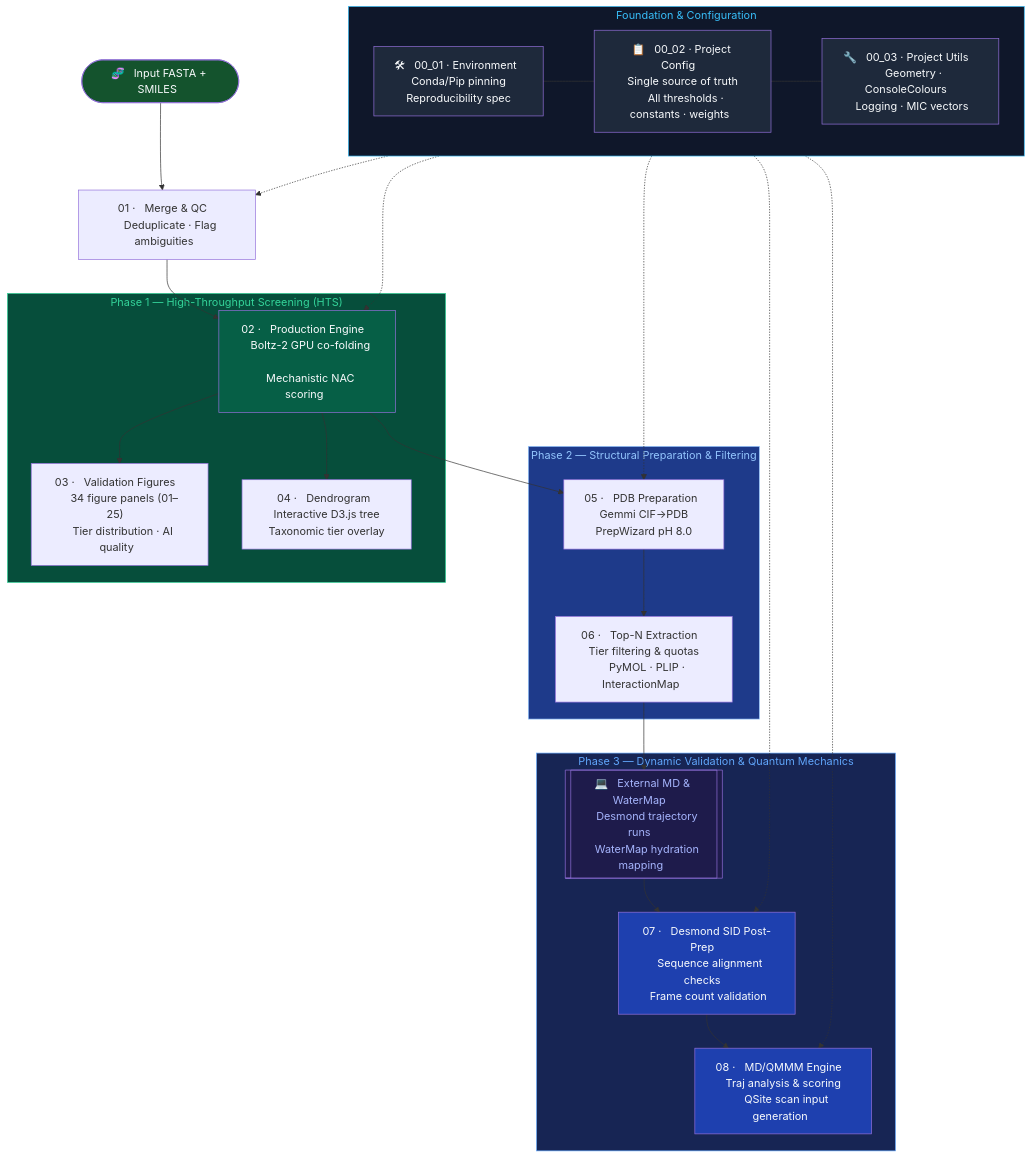
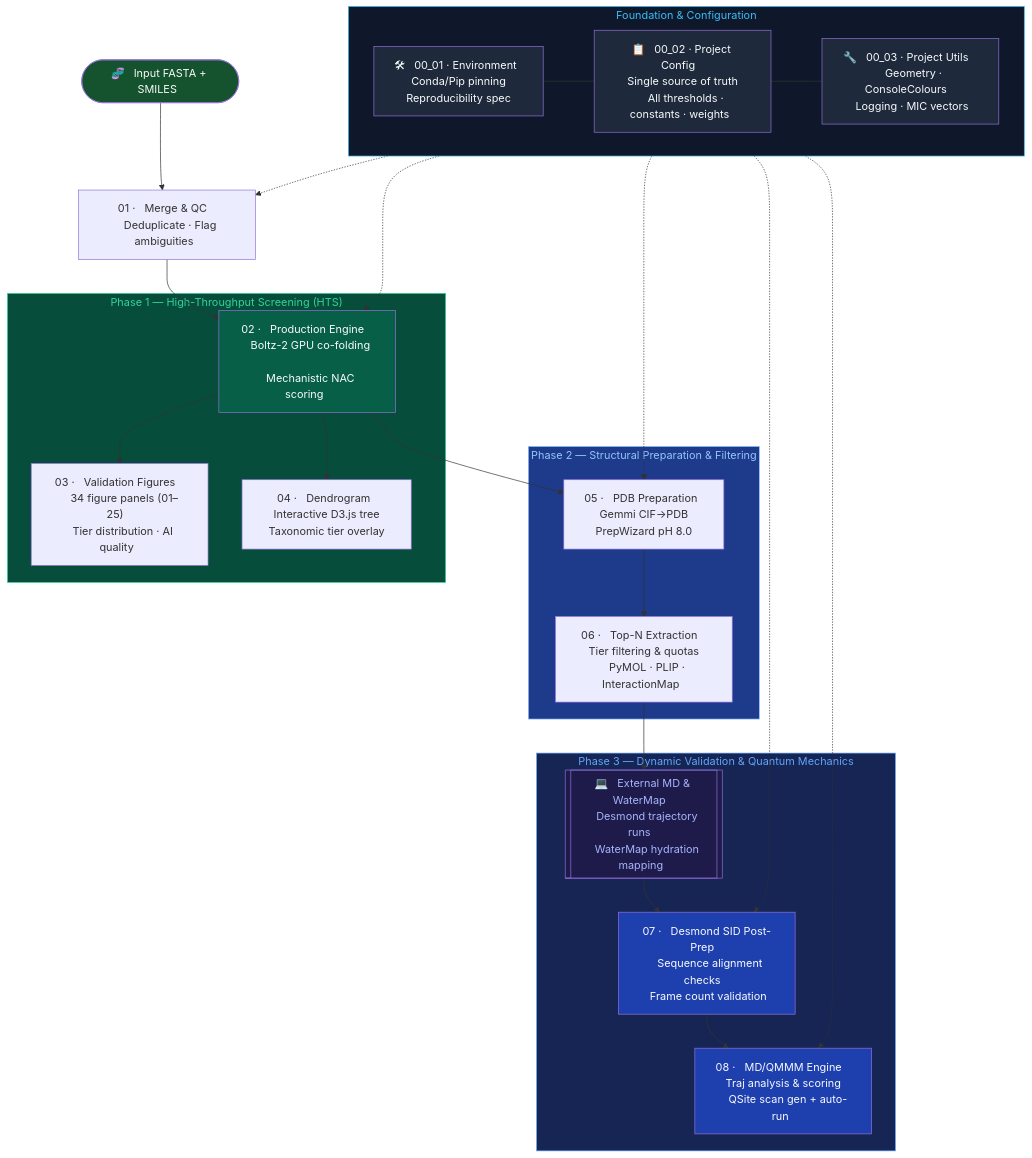
The diagram in README.md (KU-MGB/DeFluorX), drawn with Mermaid before and after one commit. The commit also changed other lines of this file and 13 other files, not shown here.

````diff
--- a/README.md
+++ b/README.md
@@ -179,57 +179,57 @@
 ```mermaid
 flowchart TD
     subgraph FOUNDATION["  Foundation & Configuration  "]
         ENV["🛠 &nbsp; 00_01 · Environment &nbsp; \n &nbsp; Conda/Pip pinning &nbsp; \n &nbsp; Reproducibility spec &nbsp; "]
         CFG["📋 &nbsp; 00_02 · Project Config &nbsp; \n &nbsp; Single source of truth &nbsp; \n &nbsp; All thresholds · constants · weights &nbsp; "]
         UTL["🔧 &nbsp; 00_03 · Project Utils &nbsp; \n &nbsp; Geometry · ConsoleColours &nbsp; \n &nbsp; Logging · MIC vectors &nbsp; "]
         ENV --- CFG --- UTL
     end
 
     START([🧬 &nbsp; Input FASTA + SMILES &nbsp;]) --> M1
     M1["01 · &nbsp; Merge & QC &nbsp; \n &nbsp; Deduplicate · Flag ambiguities &nbsp; "] --> M2
 
     subgraph PHASE1["  Phase 1 — High-Throughput Screening (HTS)  "]
         M2["02 · &nbsp; Production Engine &nbsp; \n &nbsp; Boltz-2 GPU co-folding &nbsp; \n &nbsp; Mechanistic NAC scoring &nbsp; "]
         M3["03 · &nbsp; Validation Figures &nbsp; \n &nbsp; 34 figure panels (01–25) &nbsp; \n &nbsp; Tier distribution · AI quality &nbsp; "]
         M4["04 · &nbsp; Dendrogram &nbsp; \n &nbsp; Interactive D3.js tree &nbsp; \n &nbsp; Taxonomic tier overlay &nbsp; "]
         M2 --> M3
         M2 --> M4
     end
 
     M2 --> M5
 
     subgraph PHASE2["  Phase 2 — Structural Preparation & Filtering  "]
         M5["05 · &nbsp; PDB Preparation &nbsp; \n &nbsp; Gemmi CIF→PDB &nbsp; \n &nbsp; PrepWizard pH 8.0 &nbsp; "]
         M6["06 · &nbsp; Top-N Extraction &nbsp; \n &nbsp; Tier filtering & quotas &nbsp; \n &nbsp; PyMOL · PLIP · InteractionMap &nbsp; "]
         M5 --> M6
     end
 
     M6 --> EXT_MD
 
     subgraph PHASE3["  Phase 3 — Dynamic Validation & Quantum Mechanics  "]
         EXT_MD[["💻 &nbsp; External MD & WaterMap &nbsp; \n &nbsp; Desmond trajectory runs &nbsp; \n &nbsp; WaterMap hydration mapping &nbsp;"]]
         M7["07 · &nbsp; Desmond SID Post-Prep &nbsp; \n &nbsp; Sequence alignment checks &nbsp; \n &nbsp; Frame count validation &nbsp; "]
-        M8["08 · &nbsp; MD/QMMM Engine &nbsp; \n &nbsp; Traj analysis & scoring &nbsp; \n &nbsp; QSite scan input generation &nbsp; "]
+        M8["08 · &nbsp; MD/QMMM Engine &nbsp; \n &nbsp; Traj analysis & scoring &nbsp; \n &nbsp; QSite scan gen + auto-run &nbsp; "]
         EXT_MD --> M7 --> M8
     end
 
     %% Dependencies
     FOUNDATION -.-> M1
     FOUNDATION -.-> M2
     FOUNDATION -.-> M5
     FOUNDATION -.-> M7
     FOUNDATION -.-> M8
 
     style FOUNDATION fill:#0f172a,color:#38bdf8,stroke:#38bdf8
     style CFG fill:#1e293b,color:#f8fafc
     style UTL fill:#1e293b,color:#f8fafc
     style ENV fill:#1e293b,color:#f8fafc
     style PHASE1 fill:#064e3b,color:#34d399,stroke:#34d399
     style PHASE2 fill:#1e3a8a,color:#93c5fd,stroke:#93c5fd
     style PHASE3 fill:#172554,color:#60a5fa,stroke:#60a5fa
     style M2 fill:#065f46,color:#f8fafc
     style M7 fill:#1e40af,color:#f8fafc
     style M8 fill:#1e40af,color:#f8fafc
     style START fill:#14532d,color:#f8fafc
     style EXT_MD fill:#1e1b4b,color:#a5b4fc
 ```
````
